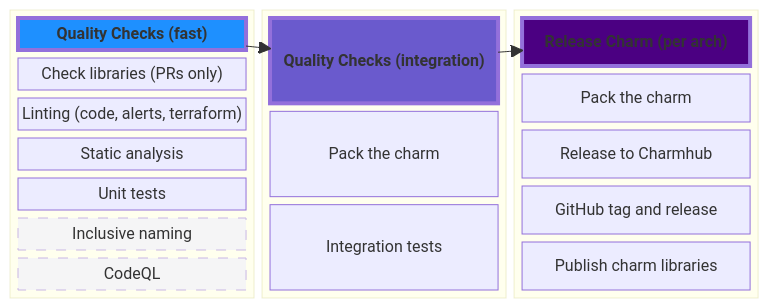
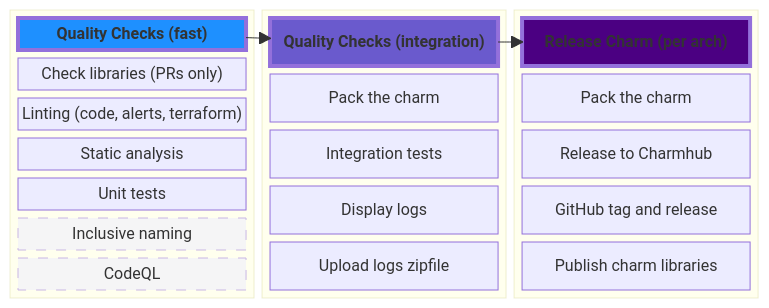
One commit to canonical/observability changed the second of 3 diagrams in README.md. Above: the diagram before and after it, drawn with Mermaid.

Commit message:
add reference to logs display and upload in readme

````diff
--- a/README.md
+++ b/README.md
@@ -45,42 +45,44 @@
 ```mermaid
 block-beta
   block
     columns 1
     qualitychecksfast["<b>Quality Checks (fast)</b>"]
     prlabels["Check libraries (PRs only)"]
     lint["Linting (code, alerts, terraform)"]
     static["Static analysis"]
     unit["Unit tests"]
     inclusivenaming["Inclusive naming"]
     codeql["CodeQL"]
   end
 
   block
     columns 1
     qualitychecksslow["<b>Quality Checks (integration)</b>"]
     pack["Pack the charm"]
     integration["Integration tests"]
+    displaylogs["Display logs"]
+    uploadlogs["Upload logs zipfile"]
   end
 
 
   block
     columns 1
     release["<b>Release Charm (per arch)</b>"]
     packrelease["Pack the charm"]
     charmhubrelease["Release to Charmhub"]
     githubrelease["GitHub tag and release"]
     librariesrelease["Publish charm libraries"]
   end
 
 
 
 qualitychecksfast --> qualitychecksslow
 qualitychecksslow --> release
 
 style qualitychecksfast fill:dodgerblue,stroke-width:4px
 style qualitychecksslow fill:slateblue,stroke-width:4px
 style release fill:indigo,stroke-width:4px
 
 style inclusivenaming opacity:0.5,stroke-dasharray:10
 style codeql opacity:0.5,stroke-dasharray:10
 ```
````
